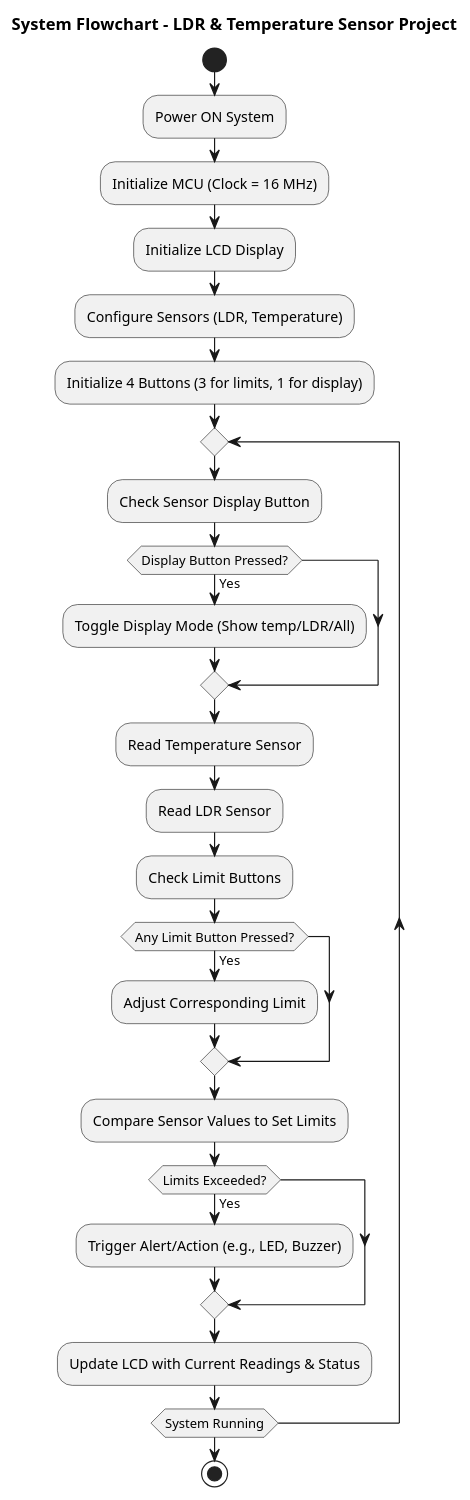
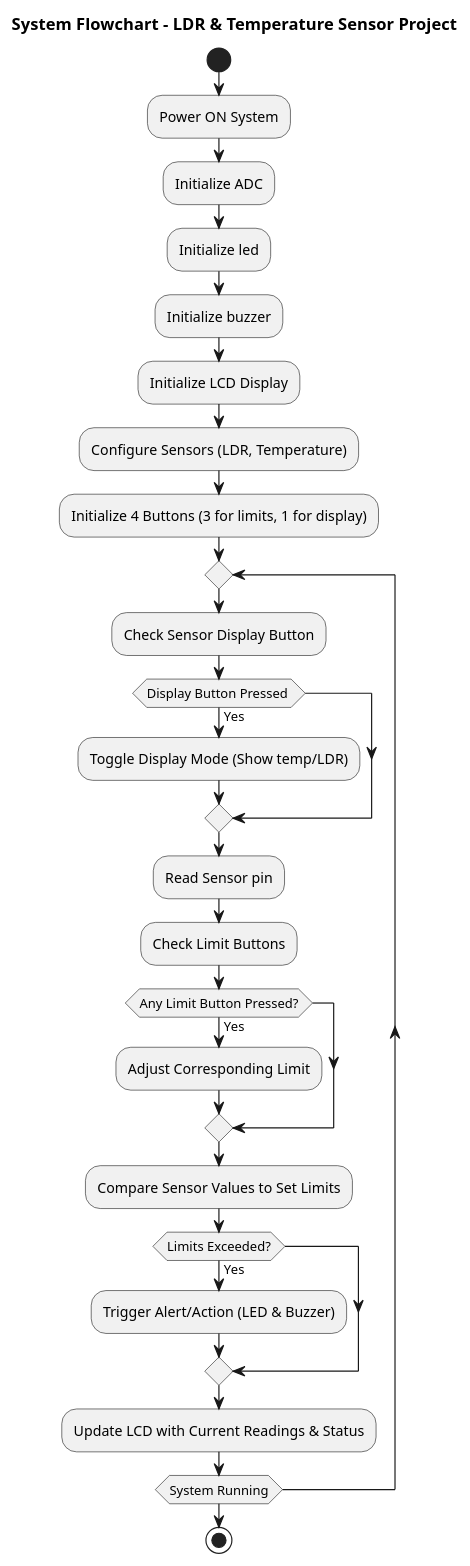
The second of 3 diagrams in pdesign/project_design.md (Arwa-Hesham/Human-Machine-Interface-HMI-), drawn with PlantUML before and after one commit. The commit also changed other lines of this file, not shown here.

Commit message:
Architectural Overview modifications

````diff
--- a/pdesign/project_design.md
+++ b/pdesign/project_design.md
@@ -162,40 +119,41 @@
 ```plantuml
 @startuml
 title System Flowchart - LDR & Temperature Sensor Project
 
 start
 
 :Power ON System;
-:Initialize MCU (Clock = 16 MHz);
+:Initialize ADC;
+:Initialize led;
+:Initialize buzzer;
 :Initialize LCD Display;
 :Configure Sensors (LDR, Temperature);
 :Initialize 4 Buttons (3 for limits, 1 for display);
 
 ' Main loop
 repeat
 
   :Check Sensor Display Button;
-  if (Display Button Pressed?) then (Yes)
-    :Toggle Display Mode (Show temp/LDR/All);
+  if (Display Button Pressed ) then (Yes)
+    :Toggle Display Mode (Show temp/LDR);
   endif
 
-  :Read Temperature Sensor;
-  :Read LDR Sensor;
+  :Read Sensor pin;
 
   :Check Limit Buttons;
   if (Any Limit Button Pressed?) then (Yes)
     :Adjust Corresponding Limit;
   endif
 
   :Compare Sensor Values to Set Limits;
   if (Limits Exceeded?) then (Yes)
-    :Trigger Alert/Action (e.g., LED, Buzzer);
+    :Trigger Alert/Action (LED & Buzzer);
   endif
 
   :Update LCD with Current Readings & Status;
 
 repeat while (System Running)
 
 stop
 @enduml
 ```
````
